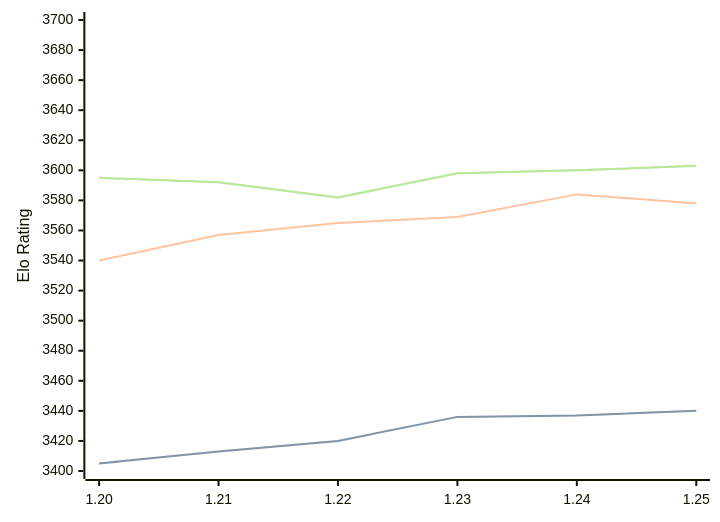
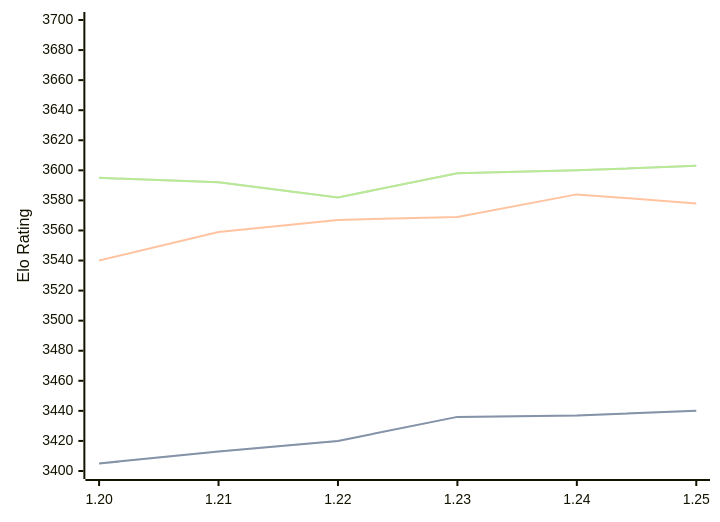
The diagram in engines/Caissa.md (computer-chess-index/cci), drawn with Mermaid before and after one commit. The commit also changed other lines of this file, not shown here.

````diff
--- a/engines/Caissa.md
+++ b/engines/Caissa.md
@@ -65,11 +65,11 @@
 ```mermaid
 %%{init: {"theme":"base","themeVariables":{"seriesColors:['#a3a3a3','#222221','#faa371']}}}%%
 xychart-beta
   x-axis ["1.20", "1.21", "1.22", "1.23", "1.24", "1.25"]
   y-axis "Elo Rating" 3400 --> 3700
   line "STC (8.0+0.08s)" [3405, 3413, 3420, 3436, 3437, 3440]
   line "STC (8.0+0.08s)" [3405, 3413, 3420, 3436, 3437, 3440]
-  line "LTC (60.0+0.60s)" [3540, 3557, 3565, 3569, 3584, 3578]
+  line "LTC (60.0+0.60s)" [3540, 3559, 3567, 3569, 3584, 3578]
   line "VLTC (2m24s+1.12s)" [3595, 3592, 3582, 3598, 3600, 3603]
   line "VLTC (2m24s+1.12s)" [3595, 3592, 3582, 3598, 3600, 3603]
 ```
````
